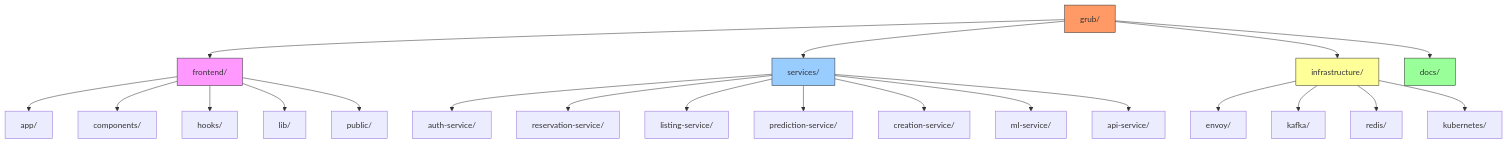
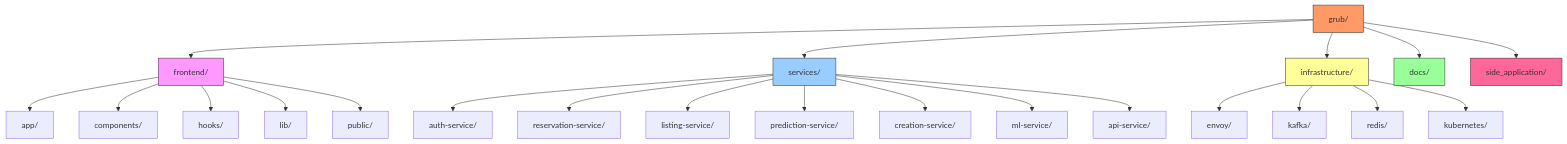
Before and after one commit to Juke0406/Grub: the third of 3 diagrams in README.md, drawn with Mermaid. The commit also changed other lines of this file, not shown here.

````diff
--- a/README.md
+++ b/README.md
@@ -220,38 +233,41 @@
 ```mermaid
 graph TD
     Root[grub/]
     Frontend[frontend/]
     Services[services/]
     Infra[infrastructure/]
     Docs[docs/]
+    Side[side_application/]
 
     Root --> Frontend
     Root --> Services
     Root --> Infra
     Root --> Docs
+    Root --> Side
 
     Frontend --> App[app/]
     Frontend --> Comp[components/]
     Frontend --> Hooks[hooks/]
     Frontend --> Lib[lib/]
     Frontend --> Public[public/]
 
     Services --> Auth[auth-service/]
     Services --> Res[reservation-service/]
     Services --> List[listing-service/]
     Services --> Pred[prediction-service/]
     Services --> Create[creation-service/]
     Services --> ML[ml-service/]
     Services --> API[api-service/]
 
     Infra --> Envoy[envoy/]
     Infra --> Kafka[kafka/]
     Infra --> Redis[redis/]
     Infra --> K8s[kubernetes/]
 
     style Root fill:#f96,stroke:#333
     style Frontend fill:#f9f,stroke:#333
     style Services fill:#9cf,stroke:#333
     style Infra fill:#ff9,stroke:#333
     style Docs fill:#9f9,stroke:#333
+    style Side fill:#f69,stroke:#333
 ```
````
